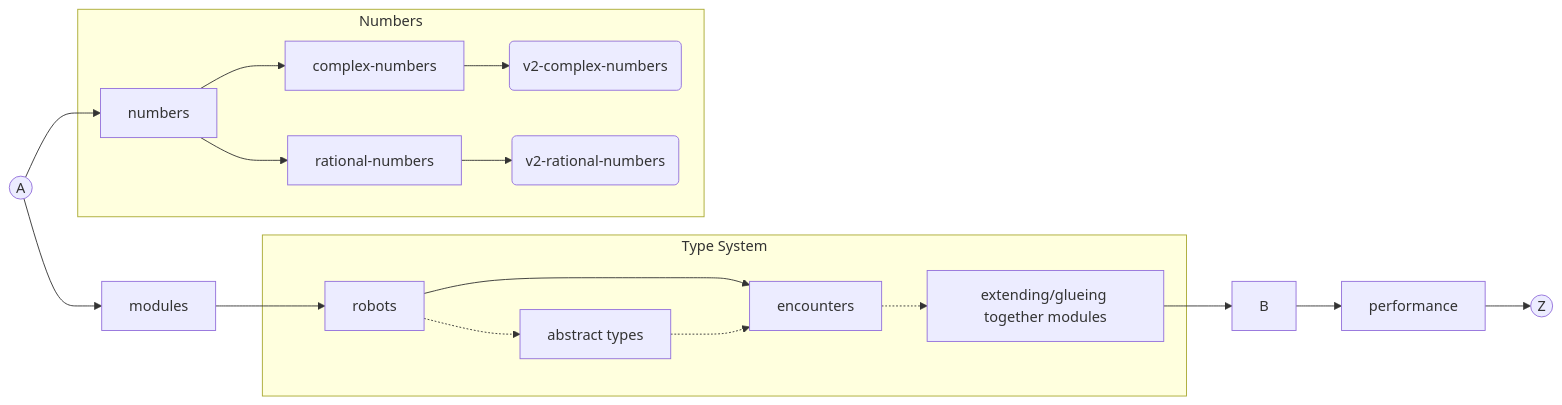
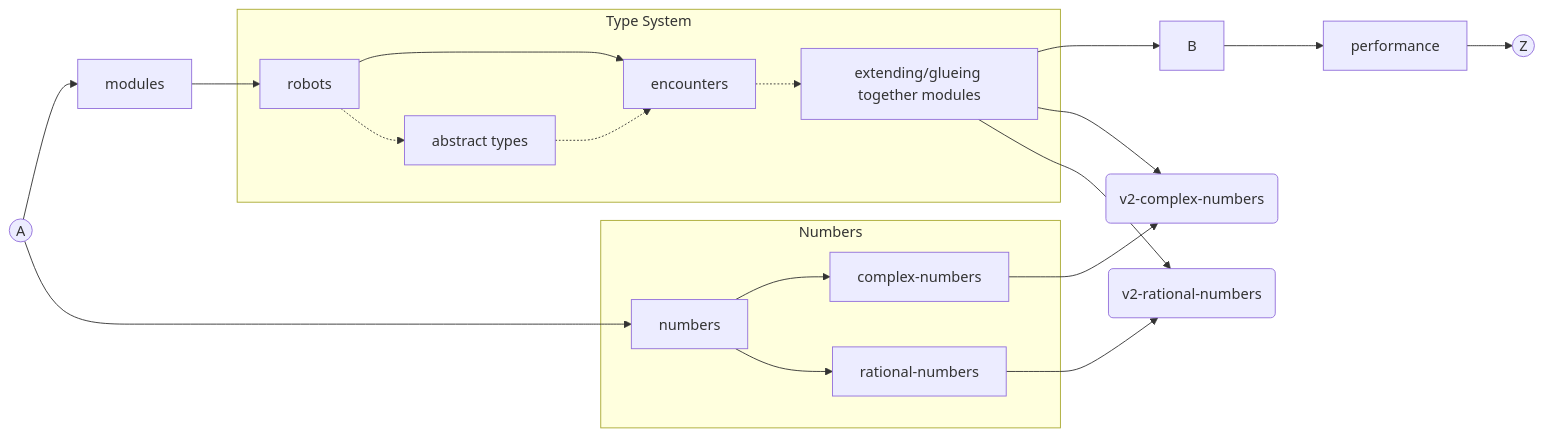
One commit to neiesc/v3 changed the diagram in languages/julia/reference/progression.md. Above: the diagram before and after it, drawn with Mermaid.

Commit message:
Add requirement for numbers practice exercises

````diff
--- a/languages/julia/reference/progression.md
+++ b/languages/julia/reference/progression.md
@@ -5,25 +5,27 @@
 ```mermaid
 graph LR
 
 A((A)) --> modules
 
 modules --> robots
 subgraph Type System
 	robots --> encounters
 	robots -.-> abstract-types
 	abstract-types[abstract types] -.-> encounters
 	encounters -.-> extension[extending/glueing together modules]
 end
 extension --> B
 B --> performance
 performance --> Z((Z))
 
 A((A)) --> numbers
 subgraph Numbers
 	numbers --> complex-numbers
 	numbers --> rational-numbers
-	
-	complex-numbers --> v2-complex-numbers(v2-complex-numbers)
-	rational-numbers --> v2-rational-numbers(v2-rational-numbers)
 end
+
+complex-numbers --> v2-complex-numbers(v2-complex-numbers)
+rational-numbers --> v2-rational-numbers(v2-rational-numbers)
+extension --> v2-complex-numbers
+extension --> v2-rational-numbers
 ```
````
